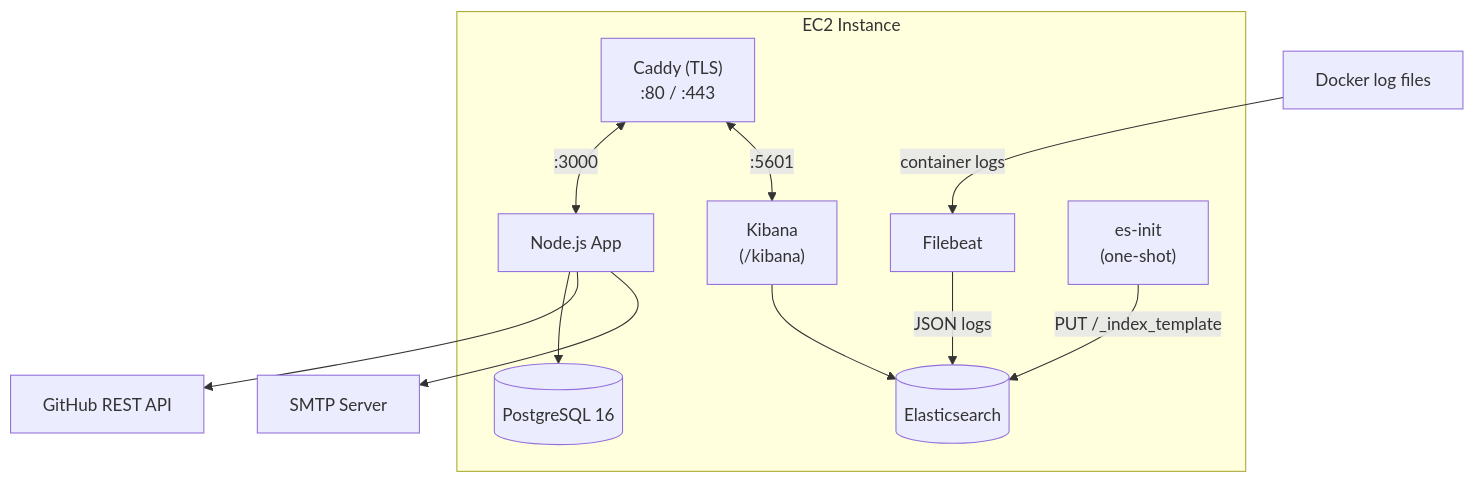
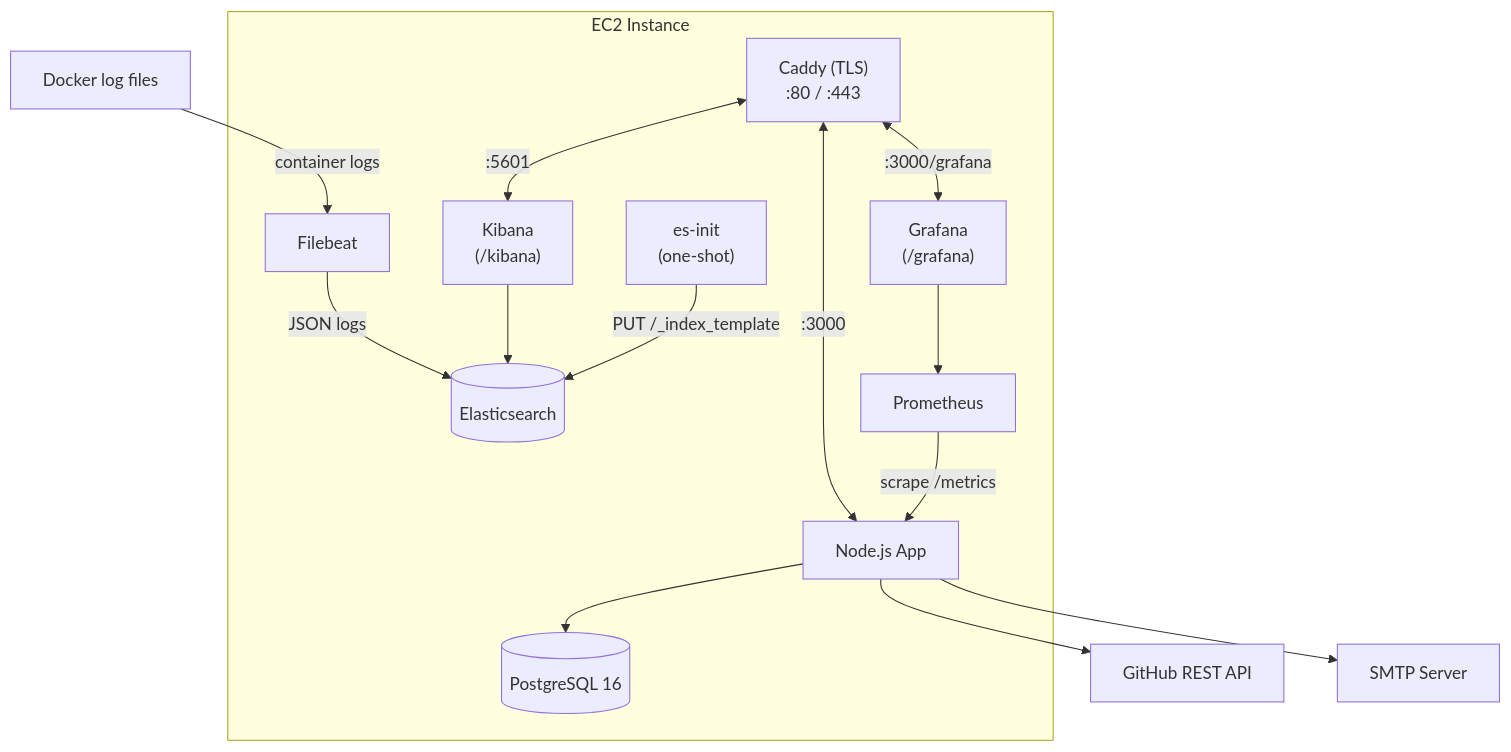
Before and after one commit to GenesisEducationKyiv/software-engineering-school-6-0-Hradivnyk: the second of 5 diagrams in docs/system-design.md, drawn with Mermaid. The commit also changed other lines of this file and 7 other files, not shown here.

Commit message:
feat: integrate Grafana for monitoring with Prometheus, add Grafana dashboard provisioning, and update Caddyfile for basic auth

````diff
--- a/docs/system-design.md
+++ b/docs/system-design.md
@@ -135,24 +135,27 @@
 ```mermaid
 flowchart TB
     subgraph EC2["EC2 Instance"]
         Caddy["Caddy (TLS)\n:80 / :443"]
         App["Node.js App"]
         PG[("PostgreSQL 16")]
         Filebeat["Filebeat"]
         ES[("Elasticsearch")]
         Kibana["Kibana\n(/kibana)"]
         ESInit["es-init\n(one-shot)"]
         Caddy <-->|":3000"| App
         Caddy <-->|":5601"| Kibana
+        Caddy <-->|":3000/grafana"| Grafana["Grafana\n(/grafana)"]
         App --> PG
         Filebeat -->|"JSON logs"| ES
         Kibana --> ES
         ESInit -->|"PUT /_index_template"| ES
+        Prometheus["Prometheus"] -->|"scrape /metrics"| App
+        Grafana --> Prometheus
     end
     GitHub["GitHub REST API"]
     SMTP["SMTP Server"]
     Docker["Docker log files"]
     App --> GitHub
     App --> SMTP
     Docker -->|"container logs"| Filebeat
 ```
````
